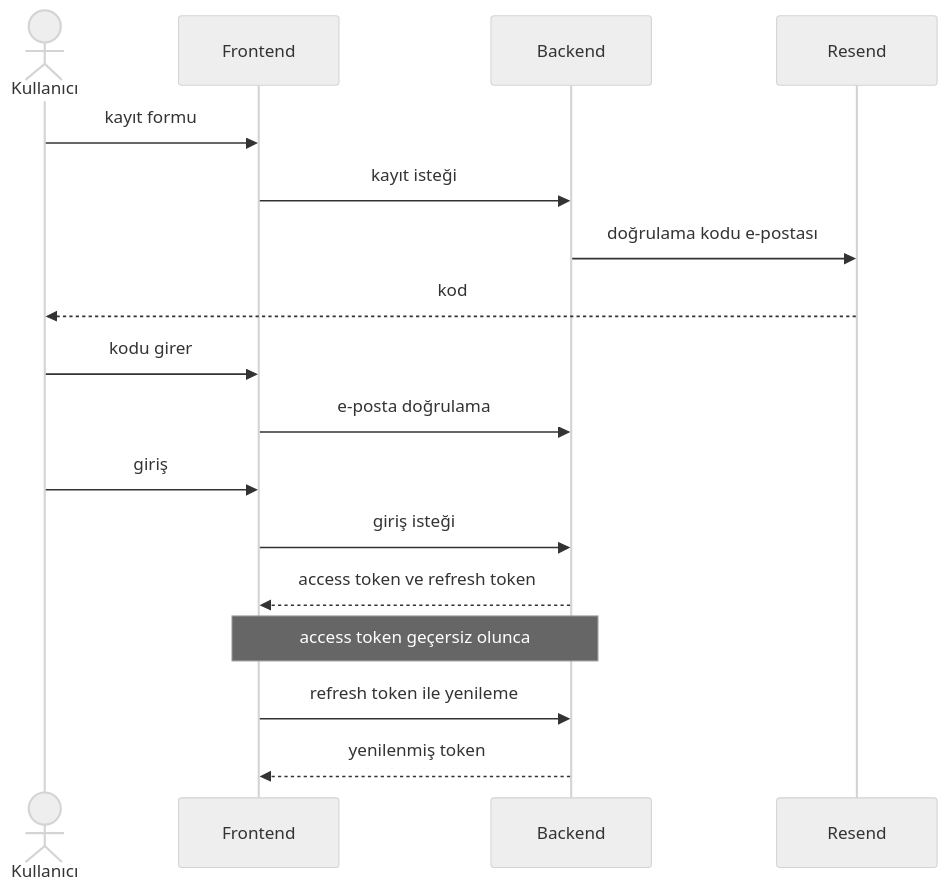
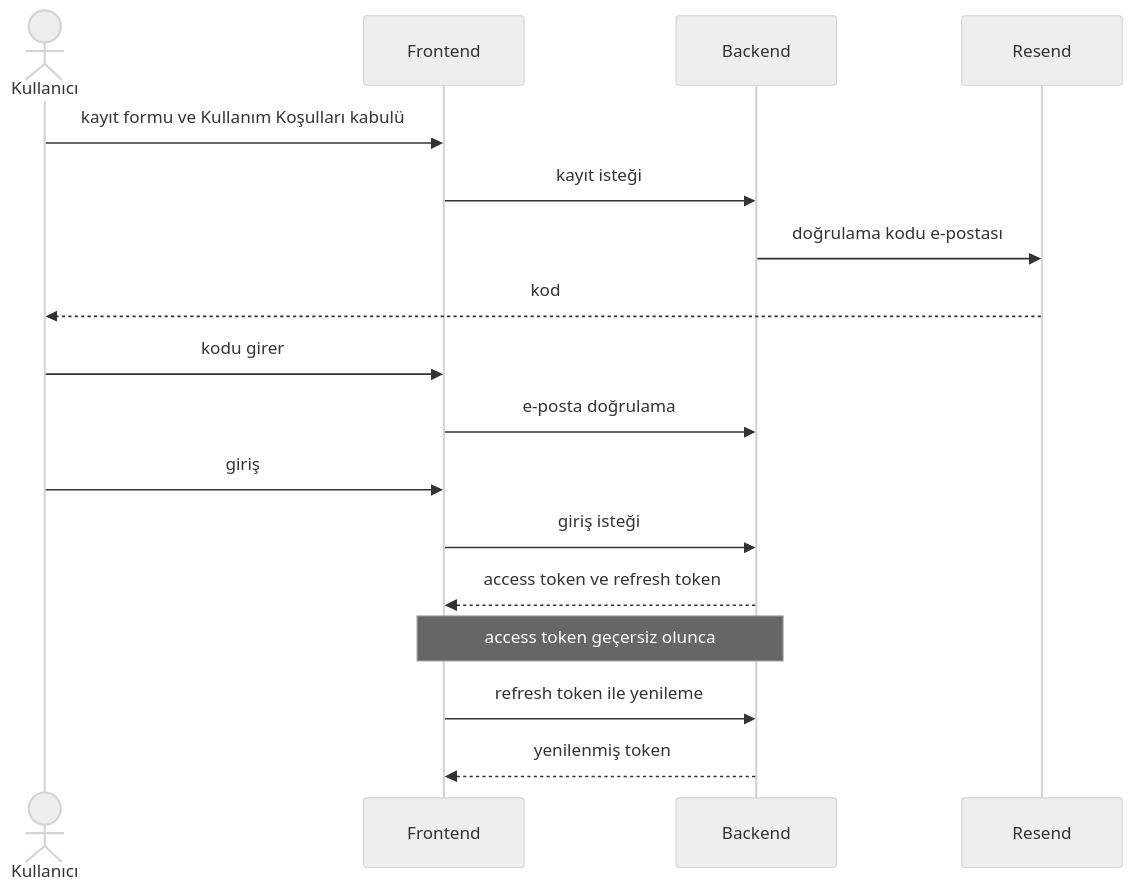
Before and after one commit to ErcanPasha/cehub-showcase: diagram 11 of 15 in README.md, drawn with Mermaid (neutral theme). The commit also changed other lines of this file and 6 other files, not shown here.

````diff
--- a/README.md
+++ b/README.md
@@ -231,19 +356,19 @@
 ```mermaid
 sequenceDiagram
     actor U as Kullanıcı
     participant FE as Frontend
     participant API as Backend
     participant Mail as Resend
-    U->>FE: kayıt formu
+    U->>FE: kayıt formu ve Kullanım Koşulları kabulü
     FE->>API: kayıt isteği
     API->>Mail: doğrulama kodu e-postası
     Mail-->>U: kod
     U->>FE: kodu girer
     FE->>API: e-posta doğrulama
     U->>FE: giriş
     FE->>API: giriş isteği
     API-->>FE: access token ve refresh token
     Note over FE,API: access token geçersiz olunca
     FE->>API: refresh token ile yenileme
     API-->>FE: yenilenmiş token
 ```
````
